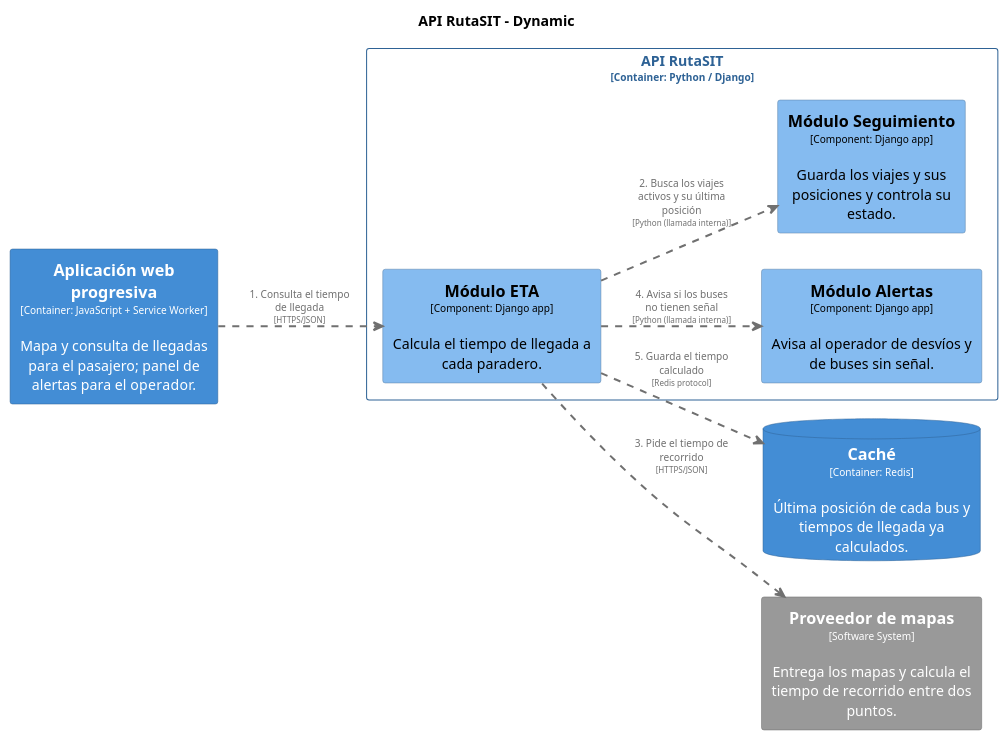
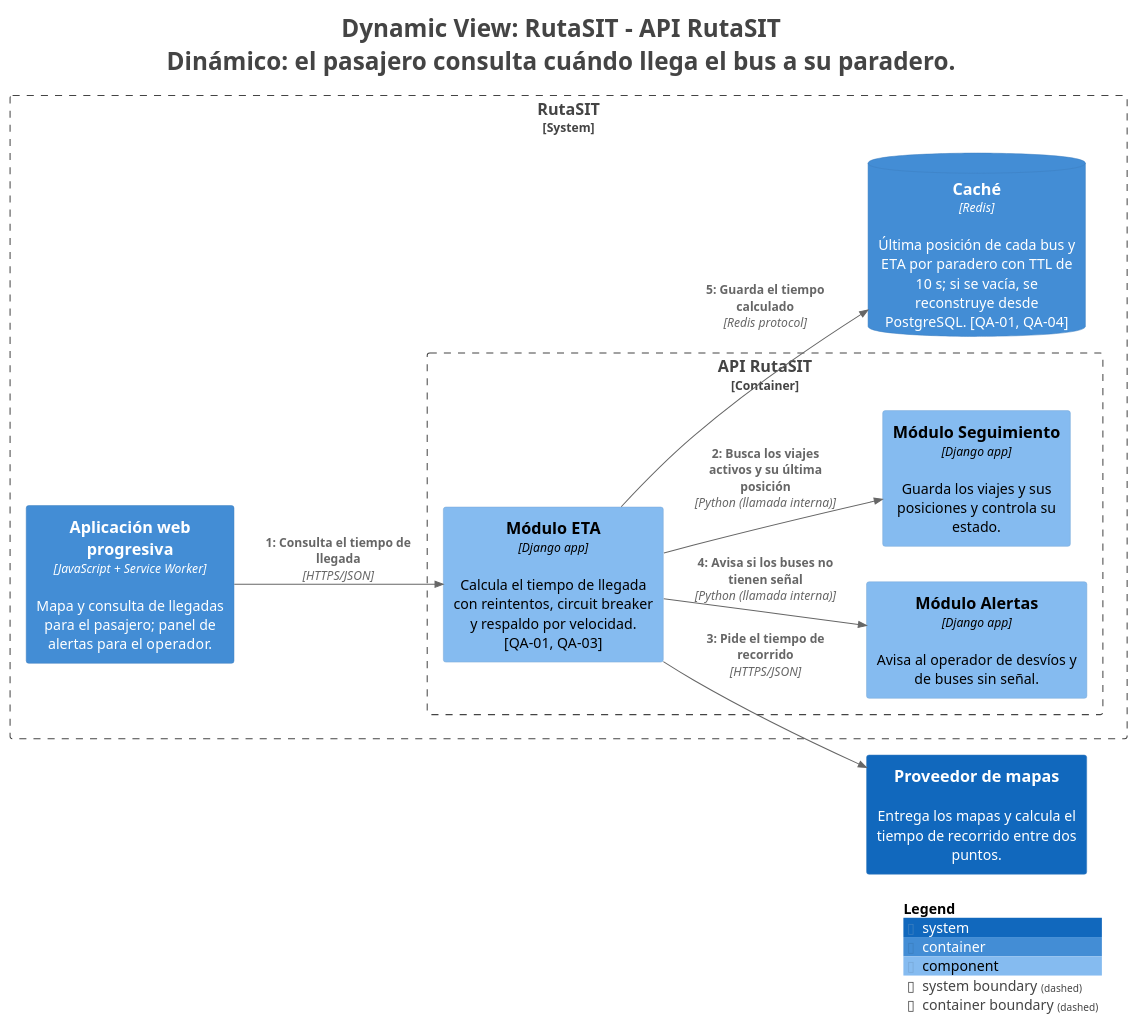
One commit to R0otDrigo/cs-2026b-lab04-grupo06 changed the diagram in docs/architecture/c4/export/structurizr-ConsultarLlegada.puml. Above: the diagram before and after it, drawn with PlantUML. The commit also changed 18 other files, not shown here.

```diff
--- a/docs/architecture/c4/export/structurizr-ConsultarLlegada.puml
+++ b/docs/architecture/c4/export/structurizr-ConsultarLlegada.puml
@@ -1,73 +1,44 @@
 @startuml
+title <size:24>Dynamic View: RutaSIT - API RutaSIT</size>\n<size:24>Dinámico: el pasajero consulta cuándo llega el bus a su paradero.</size>
+
 set separator none
-title API RutaSIT - Dynamic
-
 left to right direction
 
-skinparam {
-  arrowFontSize 10
-  defaultTextAlignment center
-  wrapWidth 200
-  maxMessageSize 100
+<style>
+  root {
+    BackgroundColor: #ffffff
+    FontColor: #444444
+  }
+</style>
+
+!include <C4/C4>
+!include <C4/C4_Context>
+!include <C4/C4_Container>
+!include <C4/C4_Component>
+
+System(Proveedordemapas, "Proveedor de mapas", $descr="Entrega los mapas y calcula el tiempo de recorrido entre dos puntos.", $tags="", $link="")
+
+System_Boundary("RutaSIT_boundary", "RutaSIT", $tags="") {
+  Container_Boundary("RutaSIT.APIRutaSIT_boundary", "API RutaSIT", $tags="") {
+    Component(RutaSIT.APIRutaSIT.MóduloETA, "Módulo ETA", $techn="Django app", $descr="Calcula el tiempo de llegada con reintentos, circuit breaker y respaldo por velocidad. [QA-01, QA-03]", $tags="", $link="")
+    Component(RutaSIT.APIRutaSIT.MóduloAlertas, "Módulo Alertas", $techn="Django app", $descr="Avisa al operador de desvíos y de buses sin señal.", $tags="", $link="")
+    Component(RutaSIT.APIRutaSIT.MóduloSeguimiento, "Módulo Seguimiento", $techn="Django app", $descr="Guarda los viajes y sus posiciones y controla su estado.", $tags="", $link="")
+  }
+
+  ContainerDb(RutaSIT.Caché, "Caché", $techn="Redis", $descr="Última posición de cada bus y ETA por paradero con TTL de 10 s; si se vacía, se reconstruye desde PostgreSQL. [QA-01, QA-04]", $tags="", $link="")
+  Container(RutaSIT.Aplicaciónwebprogresiva, "Aplicación web progresiva", $techn="JavaScript + Service Worker", $descr="Mapa y consulta de llegadas para el pasajero; panel de alertas para el operador.", $tags="", $link="")
 }
 
-hide stereotype
+System(Proveedordemapas, "Proveedor de mapas", $descr="Entrega los mapas y calcula el tiempo de recorrido entre dos puntos.", $tags="", $link="")
+Container(RutaSIT.Aplicaciónwebprogresiva, "Aplicación web progresiva", $techn="JavaScript + Service Worker", $descr="Mapa y consulta de llegadas para el pasajero; panel de alertas para el operador.", $tags="", $link="")
+ContainerDb(RutaSIT.Caché, "Caché", $techn="Redis", $descr="Última posición de cada bus y ETA por paradero con TTL de 10 s; si se vacía, se reconstruye desde PostgreSQL. [QA-01, QA-04]", $tags="", $link="")
 
-skinparam rectangle<<RutaSIT.Aplicaciónwebprogresiva>> {
-  BackgroundColor #438dd5
-  FontColor #ffffff
-  BorderColor #2e6295
-  shadowing false
-}
-skinparam database<<RutaSIT.Caché>> {
-  BackgroundColor #438dd5
-  FontColor #ffffff
-  BorderColor #2e6295
-  shadowing false
-}
-skinparam rectangle<<RutaSIT.APIRutaSIT.MóduloAlertas>> {
-  BackgroundColor #85bbf0
-  FontColor #000000
-  BorderColor #5d82a8
-  shadowing false
-}
-skinparam rectangle<<RutaSIT.APIRutaSIT.MóduloETA>> {
-  BackgroundColor #85bbf0
-  FontColor #000000
-  BorderColor #5d82a8
-  shadowing false
-}
-skinparam rectangle<<RutaSIT.APIRutaSIT.MóduloSeguimiento>> {
-  BackgroundColor #85bbf0
-  FontColor #000000
-  BorderColor #5d82a8
-  shadowing false
-}
-skinparam rectangle<<Proveedordemapas>> {
-  BackgroundColor #999999
-  FontColor #ffffff
-  BorderColor #6b6b6b
-  shadowing false
-}
-skinparam rectangle<<RutaSIT.APIRutaSIT>> {
-  BorderColor #2e6295
-  FontColor #2e6295
-  shadowing false
-}
+Rel(RutaSIT.Aplicaciónwebprogresiva, RutaSIT.APIRutaSIT.MóduloETA, "1: Consulta el tiempo de llegada", $techn="HTTPS/JSON", $tags="", $link="")
+Rel(RutaSIT.APIRutaSIT.MóduloETA, RutaSIT.APIRutaSIT.MóduloSeguimiento, "2: Busca los viajes activos y su última posición", $techn="Python (llamada interna)", $tags="", $link="")
+Rel(RutaSIT.APIRutaSIT.MóduloETA, Proveedordemapas, "3: Pide el tiempo de recorrido", $techn="HTTPS/JSON", $tags="", $link="")
+Rel(RutaSIT.APIRutaSIT.MóduloETA, RutaSIT.APIRutaSIT.MóduloAlertas, "4: Avisa si los buses no tienen señal", $techn="Python (llamada interna)", $tags="", $link="")
+Rel(RutaSIT.APIRutaSIT.MóduloETA, RutaSIT.Caché, "5: Guarda el tiempo calculado", $techn="Redis protocol", $tags="", $link="")
 
-rectangle "API RutaSIT\n<size:10>[Container: Python / Django]</size>" <<RutaSIT.APIRutaSIT>> {
-  rectangle "==Módulo ETA\n<size:10>[Component: Django app]</size>\n\nCalcula el tiempo de llegada a cada paradero." <<RutaSIT.APIRutaSIT.MóduloETA>> as RutaSIT.APIRutaSIT.MóduloETA
-  rectangle "==Módulo Alertas\n<size:10>[Component: Django app]</size>\n\nAvisa al operador de desvíos y de buses sin señal." <<RutaSIT.APIRutaSIT.MóduloAlertas>> as RutaSIT.APIRutaSIT.MóduloAlertas
-  rectangle "==Módulo Seguimiento\n<size:10>[Component: Django app]</size>\n\nGuarda los viajes y sus posiciones y controla su estado." <<RutaSIT.APIRutaSIT.MóduloSeguimiento>> as RutaSIT.APIRutaSIT.MóduloSeguimiento
-}
-
-database "==Caché\n<size:10>[Container: Redis]</size>\n\nÚltima posición de cada bus y tiempos de llegada ya calculados." <<RutaSIT.Caché>> as RutaSIT.Caché
-rectangle "==Proveedor de mapas\n<size:10>[Software System]</size>\n\nEntrega los mapas y calcula el tiempo de recorrido entre dos puntos." <<Proveedordemapas>> as Proveedordemapas
-rectangle "==Aplicación web progresiva\n<size:10>[Container: JavaScript + Service Worker]</size>\n\nMapa y consulta de llegadas para el pasajero; panel de alertas para el operador." <<RutaSIT.Aplicaciónwebprogresiva>> as RutaSIT.Aplicaciónwebprogresiva
-
-RutaSIT.Aplicaciónwebprogresiva .[#707070,thickness=2].> RutaSIT.APIRutaSIT.MóduloETA : "<color:#707070>1. Consulta el tiempo de llegada\n<color:#707070><size:8>[HTTPS/JSON]</size>"
-RutaSIT.APIRutaSIT.MóduloETA .[#707070,thickness=2].> RutaSIT.APIRutaSIT.MóduloSeguimiento : "<color:#707070>2. Busca los viajes activos y su última posición\n<color:#707070><size:8>[Python (llamada interna)]</size>"
-RutaSIT.APIRutaSIT.MóduloETA .[#707070,thickness=2].> Proveedordemapas : "<color:#707070>3. Pide el tiempo de recorrido\n<color:#707070><size:8>[HTTPS/JSON]</size>"
-RutaSIT.APIRutaSIT.MóduloETA .[#707070,thickness=2].> RutaSIT.APIRutaSIT.MóduloAlertas : "<color:#707070>4. Avisa si los buses no tienen señal\n<color:#707070><size:8>[Python (llamada interna)]</size>"
-RutaSIT.APIRutaSIT.MóduloETA .[#707070,thickness=2].> RutaSIT.Caché : "<color:#707070>5. Guarda el tiempo calculado\n<color:#707070><size:8>[Redis protocol]</size>"
+SHOW_LEGEND(true)
+hide stereotypes
 @enduml
```
